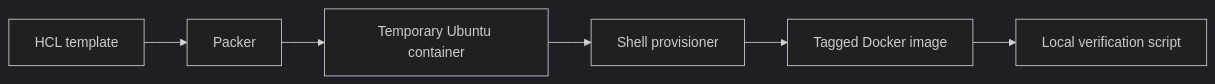
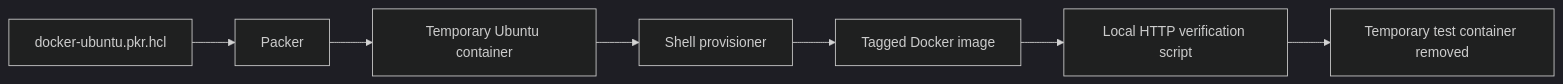
The third of 5 diagrams in docs/ARCHITECTURE.md (jeevanm84/packer-aws-golden-image-pipeline), drawn with Mermaid (dark theme) before and after one commit. The commit also changed other lines of this file and 2 other files, not shown here.

Commit message:
docs: add architecture and code flow guides (#2)

````diff
--- a/docs/ARCHITECTURE.md
+++ b/docs/ARCHITECTURE.md
@@ -5,8 +44,9 @@
 ```mermaid
 flowchart LR
-    H[HCL template] --> P[Packer]
+    H[docker-ubuntu.pkr.hcl] --> P[Packer]
     P --> D[Temporary Ubuntu container]
     D --> S[Shell provisioner]
     S --> I[Tagged Docker image]
-    I --> T[Local verification script]
+    I --> T[Local HTTP verification script]
+    T --> R[Temporary test container removed]
 ```
````
